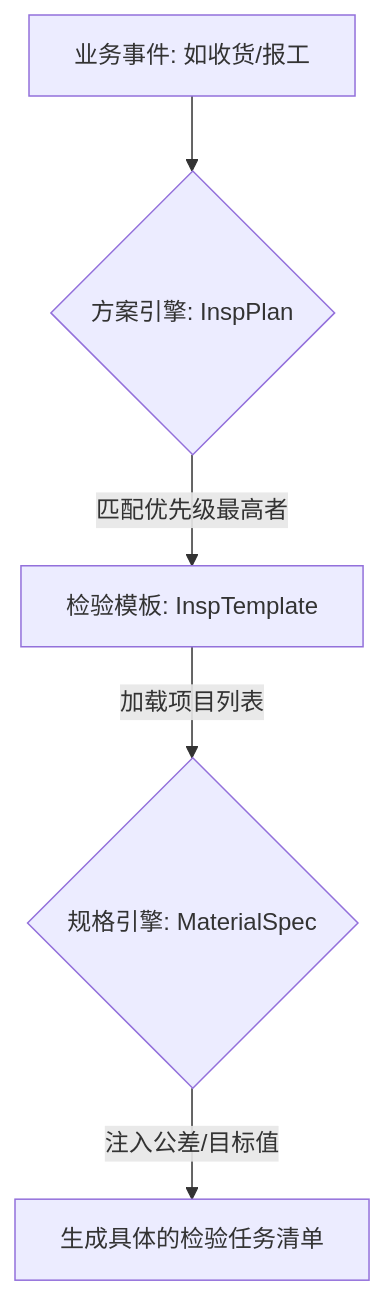
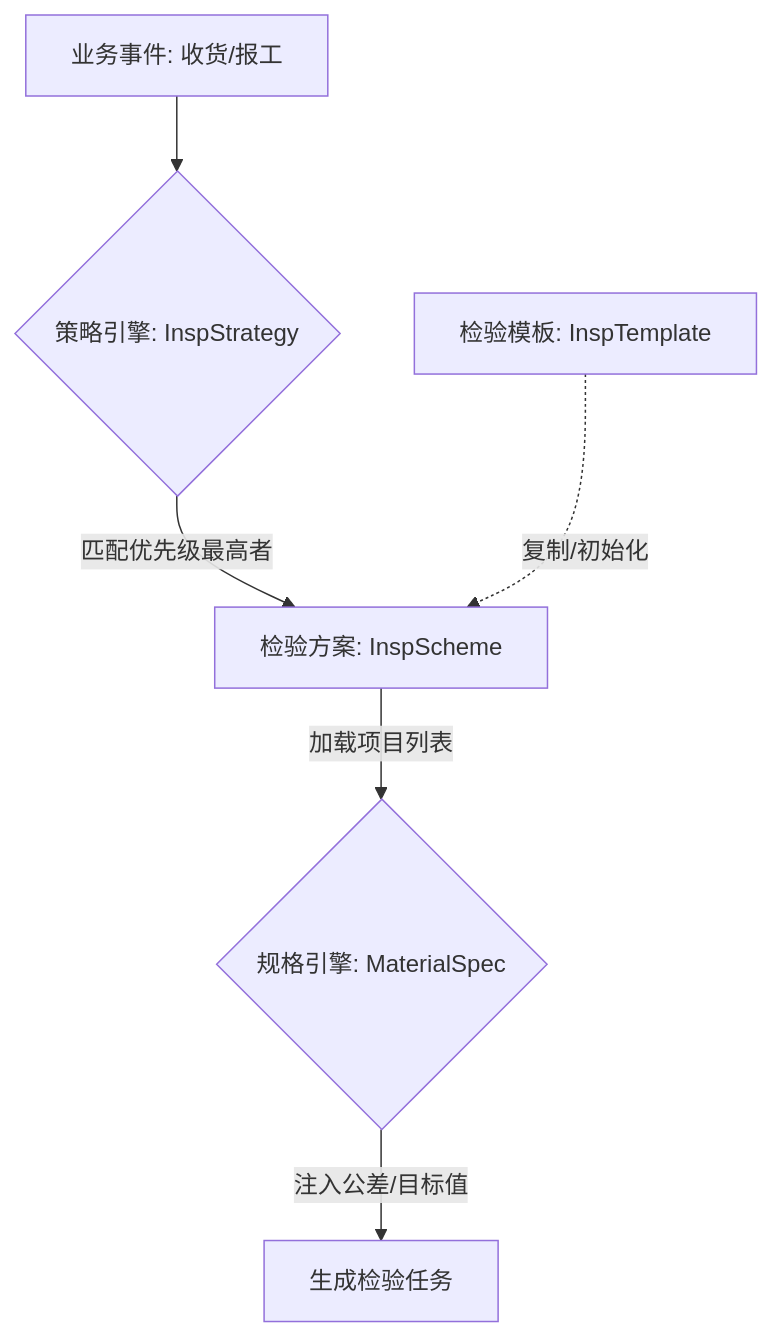
One commit to xuexian1211/QMS-demo-vue changed the diagram in openspec/changes/optimize-insp-template/design.md. Above: the diagram before and after it, drawn with Mermaid. The commit also changed other lines of this file and 21 other files, not shown here.

Commit message:
insp plan

````diff
--- a/openspec/changes/optimize-insp-template/design.md
+++ b/openspec/changes/optimize-insp-template/design.md
@@ -14,7 +16,9 @@
 ```mermaid
 graph TD
-    A[业务事件: 如收货/报工] --> B{方案引擎: InspPlan}
-    B -->|匹配优先级最高者| C[检验模板: InspTemplate]
-    C -->|加载项目列表| D{规格引擎: MaterialSpec}
-    D -->|注入公差/目标值| E[生成具体的检验任务清单]
+    Event[业务事件: 收货/报工] --> Strategy{策略引擎: InspStrategy}
+    Strategy -->|匹配优先级最高者| Scheme[检验方案: InspScheme]
+    Scheme -->|加载项目列表| SpecEngine{规格引擎: MaterialSpec}
+    SpecEngine -->|注入公差/目标值| Task[生成检验任务]
+    
+    Template[检验模板: InspTemplate] -.->|复制/初始化| Scheme
 ```
````
